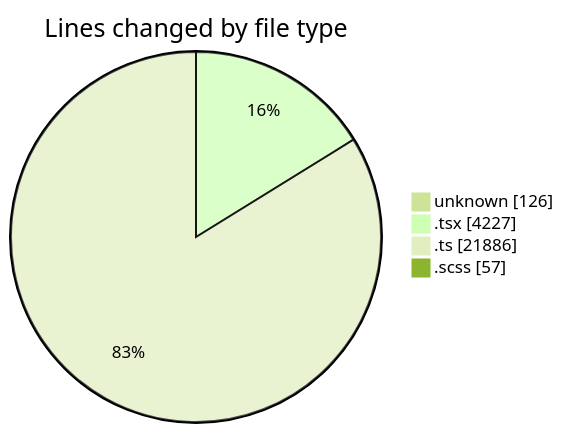
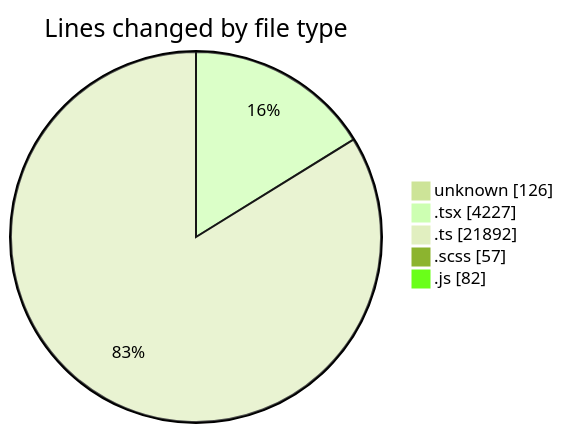
One commit to momahboobian/code-tracking changed the first of 2 diagrams in 2026-09-23/cda/README.md. Above: the diagram before and after it, drawn with Mermaid (forest theme). The commit also changed other lines of this file and 1 other file, not shown here.

````diff
--- a/2026-09-23/cda/README.md
+++ b/2026-09-23/cda/README.md
@@ -46,8 +47,9 @@
 ```mermaid
 pie showData
 title Lines changed by file type
 "unknown" : 126
 ".tsx" : 4227
-".ts" : 21886
+".ts" : 21892
 ".scss" : 57
+".js" : 82
 ```
````
